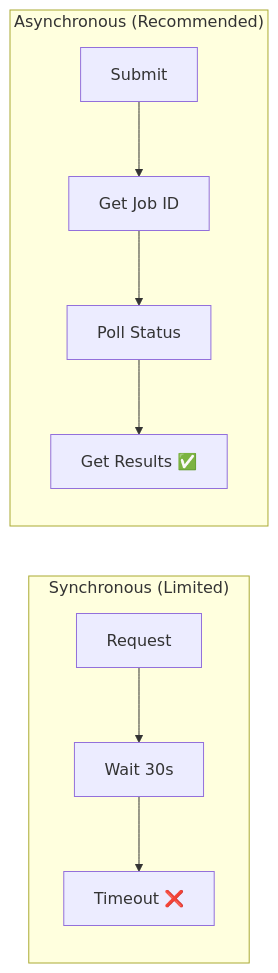
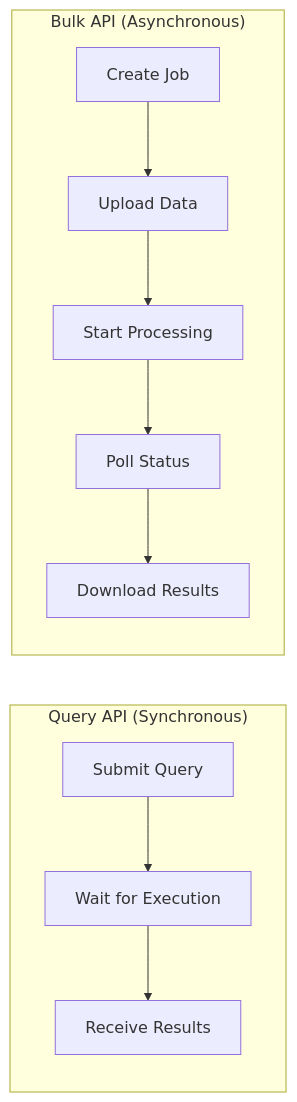
Before and after one commit to zhiweio/redshift-spectra: the first of 9 diagrams in docs/user-guide/async-jobs.md, drawn with Mermaid. The commit also changed other lines of this file and 15 other files, not shown here.

````diff
--- a/docs/user-guide/async-jobs.md
+++ b/docs/user-guide/async-jobs.md
@@ -7,13 +14,16 @@
 ```mermaid
 flowchart LR
-    subgraph Sync["Synchronous (Limited)"]
-        S1[Request] --> S2[Wait 30s]
-        S2 --> S3[Timeout ❌]
+    subgraph Sync["Query API (Synchronous)"]
+        direction TB
+        S1[Submit Query] --> S2[Wait for Execution]
+        S2 --> S3[Receive Results]
     end
     
-    subgraph Async["Asynchronous (Recommended)"]
-        A1[Submit] --> A2[Get Job ID]
-        A2 --> A3[Poll Status]
-        A3 --> A4[Get Results ✅]
+    subgraph Async["Bulk API (Asynchronous)"]
+        direction TB
+        A1[Create Job] --> A2[Upload Data]
+        A2 --> A3[Start Processing]
+        A3 --> A4[Poll Status]
+        A4 --> A5[Download Results]
     end
 ```
````
